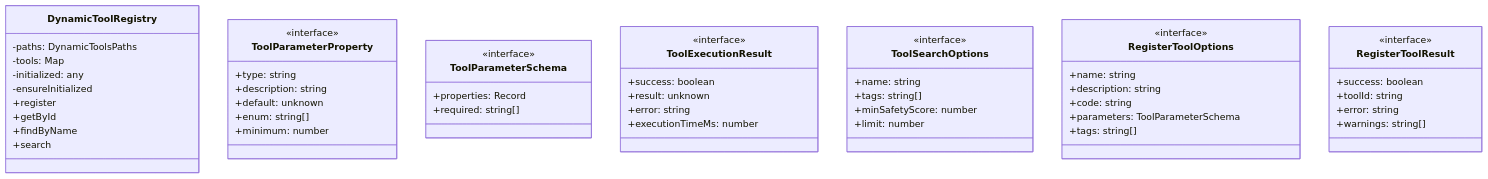
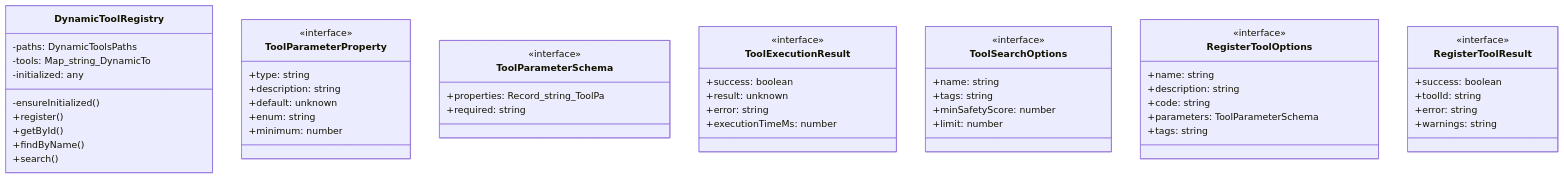
One commit to Mekann2904/mekann changed the first of 4 diagrams in ABDD/.pi/lib/dynamic-tools/registry.md. Above: the diagram before and after it, drawn with Mermaid. The commit also changed other lines of this file and 174 other files, not shown here.

First line of the commit message:
fix(docs): ABDDのMermaid図生成エラーを修正する

````diff
--- a/ABDD/.pi/lib/dynamic-tools/registry.md
+++ b/ABDD/.pi/lib/dynamic-tools/registry.md
@@ -60,55 +60,55 @@
 ```mermaid
 classDiagram
   class DynamicToolRegistry {
     -paths: DynamicToolsPaths
-    -tools: Map<stringDynamicToolDefinition>
+    -tools: Map_string_DynamicTo
     -initialized: any
-    -ensureInitialized
-    +register
-    +getById
-    +findByName
-    +search
+    -ensureInitialized()
+    +register()
+    +getById()
+    +findByName()
+    +search()
   }
   class ToolParameterProperty {
     <<interface>>
     +type: string
     +description: string
     +default: unknown
-    +enum: string[]
+    +enum: string
     +minimum: number
   }
   class ToolParameterSchema {
     <<interface>>
-    +properties: Record<stringToolParameterProperty>
-    +required: string[]
+    +properties: Record_string_ToolPa
+    +required: string
   }
   class ToolExecutionResult {
     <<interface>>
     +success: boolean
     +result: unknown
     +error: string
     +executionTimeMs: number
   }
   class ToolSearchOptions {
     <<interface>>
     +name: string
-    +tags: string[]
+    +tags: string
     +minSafetyScore: number
     +limit: number
   }
   class RegisterToolOptions {
     <<interface>>
     +name: string
     +description: string
     +code: string
     +parameters: ToolParameterSchema
-    +tags: string[]
+    +tags: string
   }
   class RegisterToolResult {
     <<interface>>
     +success: boolean
     +toolId: string
     +error: string
-    +warnings: string[]
+    +warnings: string
   }
 ```
````
